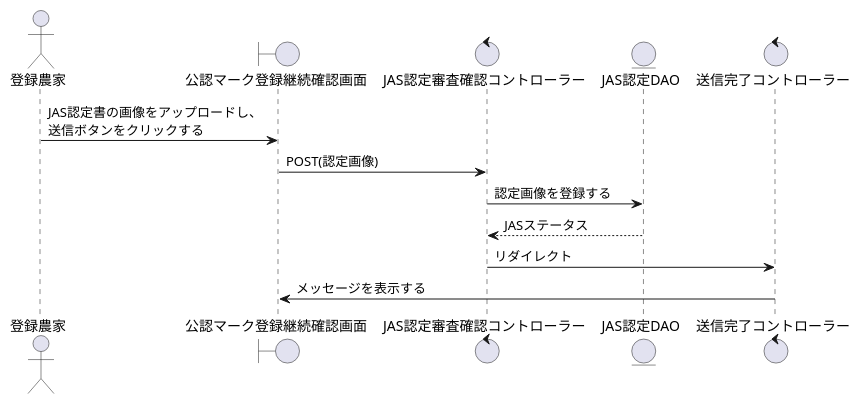
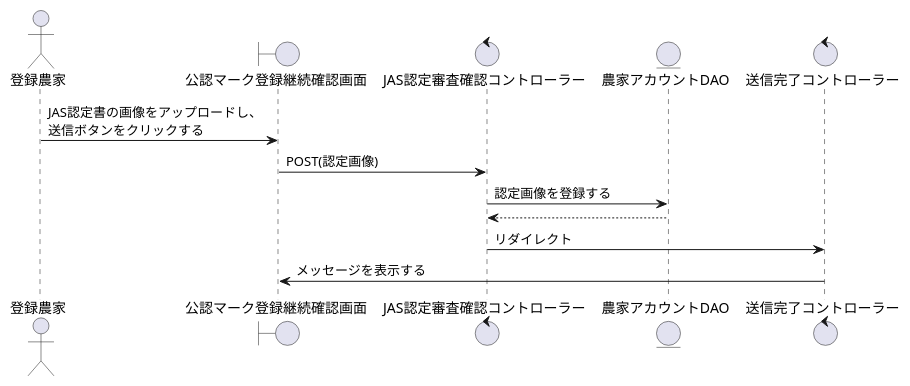
Before and after one commit to SK-B-S/PJ: the diagram in PJ_シーケンス/農家/公認マーク登録.wsd, drawn with PlantUML. The commit also changed 1 other file, not shown here.

```diff
--- a/PJ_シーケンス/農家/公認マーク登録.wsd
+++ b/PJ_シーケンス/農家/公認マーク登録.wsd
@@ -1,18 +1,18 @@
 @startuml JAS認定登録
 
 actor    "登録農家" as act
 boundary "公認マーク登録継続確認画面" as JAS_s
 control  "JAS認定審査確認コントローラー" as Acquisition_c
-entity   "JAS認定DAO" as JAS_dao
+entity   "農家アカウントDAO" as Farmer_DAO
 control  "送信完了コントローラー" as Skan_c
 
 '-------------------------------------------------------------------------------------------
 
 act -> JAS_s : JAS認定書の画像をアップロードし、\n送信ボタンをクリックする
 JAS_s -> Acquisition_c : POST(認定画像)
-Acquisition_c -> JAS_dao : 認定画像を登録する
-JAS_dao --> Acquisition_c : JASステータス
+Acquisition_c -> Farmer_DAO : 認定画像を登録する
+Farmer_DAO --> Acquisition_c
 Acquisition_c -> Skan_c : リダイレクト
 Skan_c -> JAS_s : メッセージを表示する
 
 @enduml
```
